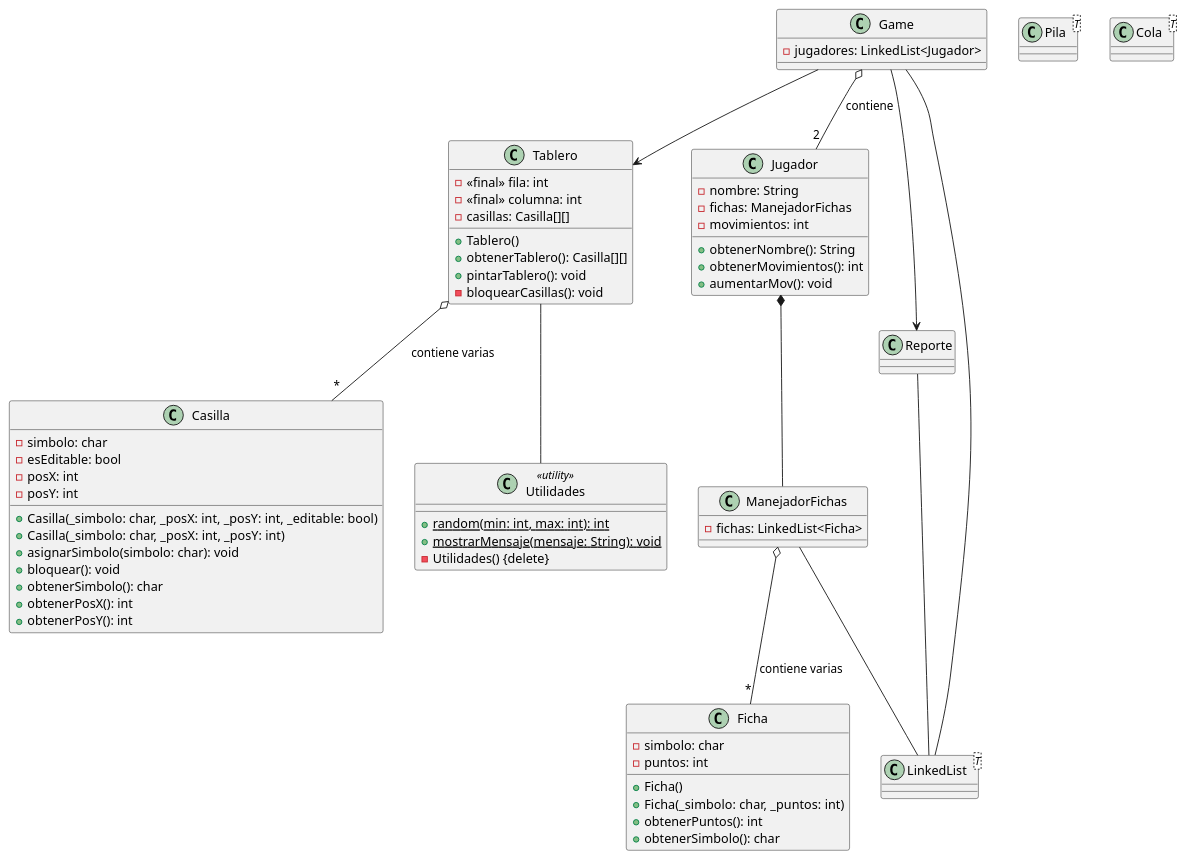
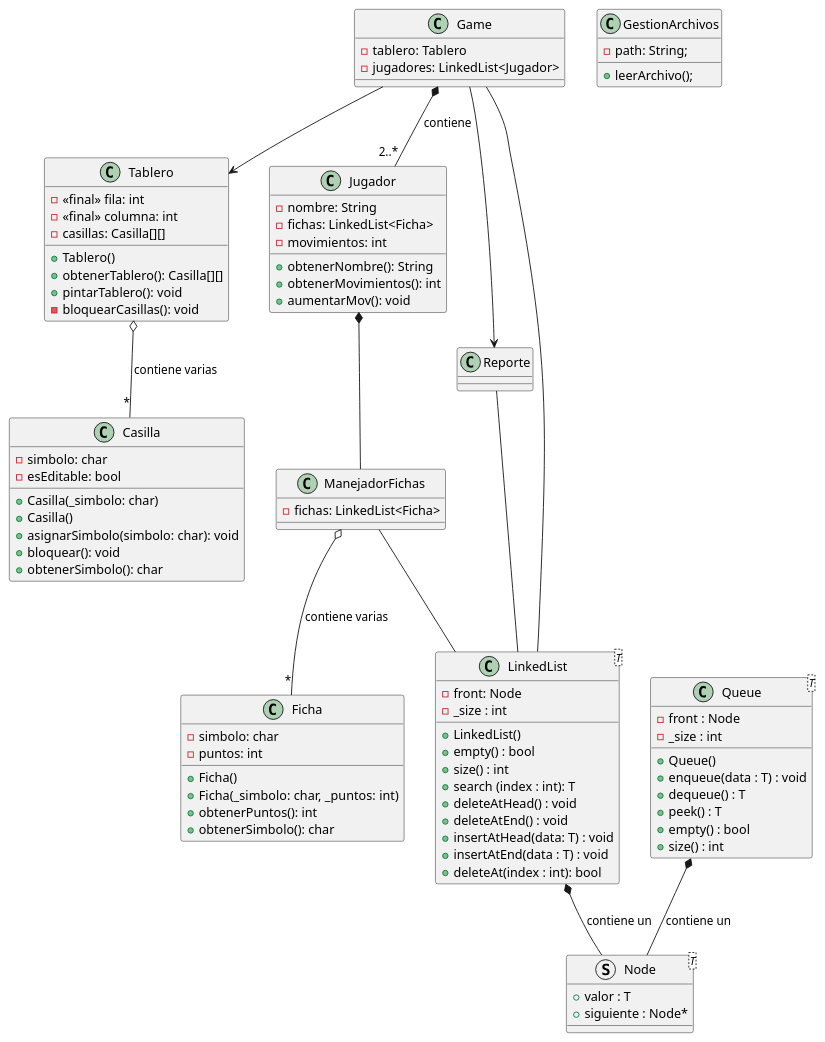
The diagram in diagrama.wsd (JuanGio31/scrabble), drawn with PlantUML before and after one commit. The commit also changed 121 other files, not shown here.

Commit message:
tablero(metodos pintar_tablero y verMenu), Jugadores, LinkedList y Queue

```diff
--- a/diagrama.wsd
+++ b/diagrama.wsd
@@ -1,88 +1,109 @@
 @startuml Clases
 
 class Casilla {
     - simbolo: char
     - esEditable: bool
-    - posX: int
-    - posY: int
 
-    + Casilla(_simbolo: char, _posX: int, _posY: int, _editable: bool)
-    + Casilla(_simbolo: char, _posX: int, _posY: int)
+    + Casilla(_simbolo: char)
+    + Casilla()
     + asignarSimbolo(simbolo: char): void
     + bloquear(): void
     + obtenerSimbolo(): char
-    + obtenerPosX(): int
-    + obtenerPosY(): int
 }
 
 class Tablero {
     - <<final>> fila: int
     - <<final>> columna: int
     - casillas: Casilla[][]
 
     + Tablero()
     + obtenerTablero(): Casilla[][]
     + pintarTablero(): void
     - bloquearCasillas(): void
 }
 
-class Utilidades <<utility>> {
-    {static} + random(min: int, max: int): int
-    {static} + mostrarMensaje(mensaje: String): void
-    - Utilidades() {delete}
-}
-
 class Game {
+    - tablero: Tablero
     - jugadores: LinkedList<Jugador>
 }
 
 class Jugador {
     - nombre: String
-    - fichas: ManejadorFichas
+    - fichas: LinkedList<Ficha>
     - movimientos: int
     + obtenerNombre(): String
     + obtenerMovimientos(): int
     + aumentarMov(): void
 }
 
 class ManejadorFichas {
     - fichas: LinkedList<Ficha>
 }
 
 class Ficha {
     - simbolo: char
     - puntos: int
 
     + Ficha()
     + Ficha(_simbolo: char, _puntos: int)
     + obtenerPuntos(): int
     + obtenerSimbolo(): char
 }
 
 class Reporte {
 
+
+}
+
+struct Node<T> {
+    + valor : T
+    + siguiente : Node*
 }
 
 class LinkedList<T> {
+    - front: Node
+    - _size : int
 
+    + LinkedList()
+    + empty() : bool
+    + size() : int
+    + search (index : int): T
+    + deleteAtHead() : void
+    + deleteAtEnd() : void
+    + insertAtHead(data: T) : void
+    + insertAtEnd(data : T) : void
+    + deleteAt(index : int): bool
 }
 
-class Pila<T> {
 
+class Queue<T> {
+    - front : Node
+    - _size : int
+
+    + Queue()
+    + enqueue(data : T) : void
+    + dequeue() : T
+    + peek() : T
+    + empty() : bool
+    + size() : int
 }
 
-class Cola<T> {
+class GestionArchivos {
+    - path: String;
 
+    + leerArchivo();
 }
 
 ManejadorFichas o-- "*" Ficha : contiene varias
-Game o-- "2" Jugador : contiene
+Game *-- "2..*" Jugador : contiene
 Tablero o-- "*" Casilla: contiene varias
-Tablero -- Utilidades
 Game --> Tablero
 Jugador *-- ManejadorFichas
 Game --> Reporte
 Game -- LinkedList
 ManejadorFichas -- LinkedList
 Reporte -- LinkedList
+LinkedList *-- Node : contiene un
+Queue *-- Node : contiene un
+
 @enduml
```
